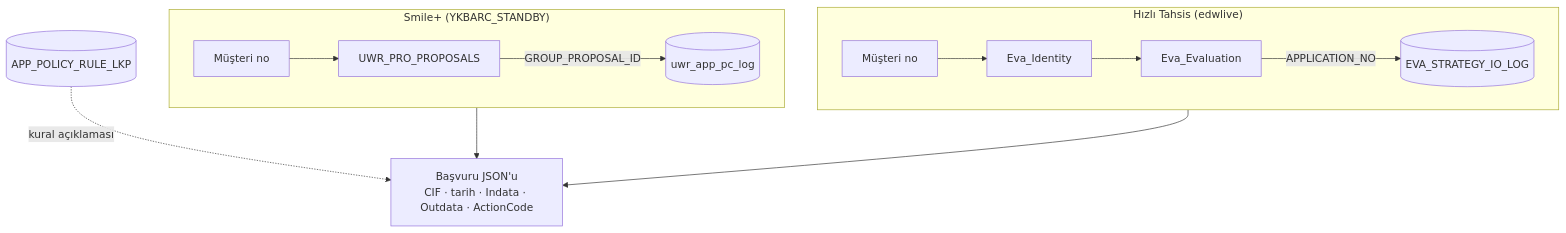
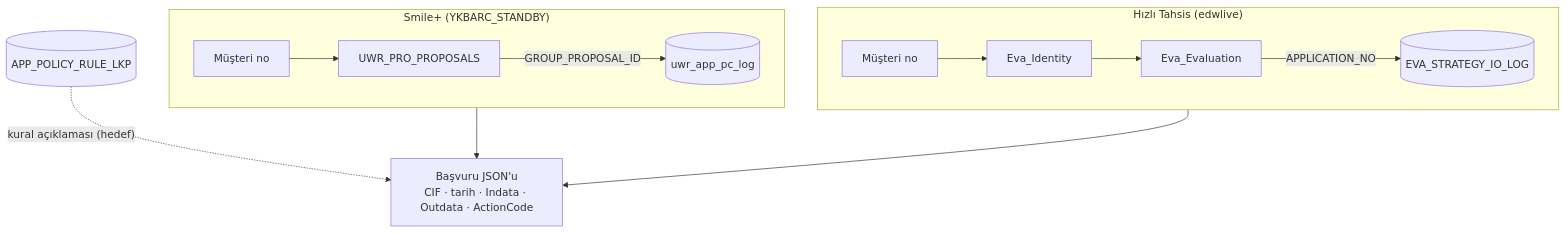
One commit to MertAErntrk/ykb-insource-projects changed the diagram in strateji-cevap/docs/analiz_mimari/diyagram/05_veri_zinciri.mmd. Above: the diagram before and after it, drawn with Mermaid. The commit also changed 28 other files, not shown here.

```diff
--- a/strateji-cevap/docs/analiz_mimari/diyagram/05_veri_zinciri.mmd
+++ b/strateji-cevap/docs/analiz_mimari/diyagram/05_veri_zinciri.mmd
@@ -1,12 +1,12 @@
 flowchart TB
     subgraph HT["Hızlı Tahsis (edwlive)"]
         direction LR
         C1["Müşteri no"] --> I["Eva_Identity"] --> EV["Eva_Evaluation"] -->|"APPLICATION_NO"| L1[("EVA_STRATEGY_IO_LOG")]
     end
     subgraph SP["Smile+ (YKBARC_STANDBY)"]
         direction LR
         C2["Müşteri no"] --> PR["UWR_PRO_PROPOSALS"] -->|"GROUP_PROPOSAL_ID"| L2[("uwr_app_pc_log")]
     end
     L1 --> J["Başvuru JSON'u<br/>CIF · tarih · Indata · Outdata · ActionCode"]
     L2 --> J
-    RL[("APP_POLICY_RULE_LKP")] -.->|"kural açıklaması"| J
+    RL[("APP_POLICY_RULE_LKP")] -.->|"kural açıklaması (hedef)"| J
```
